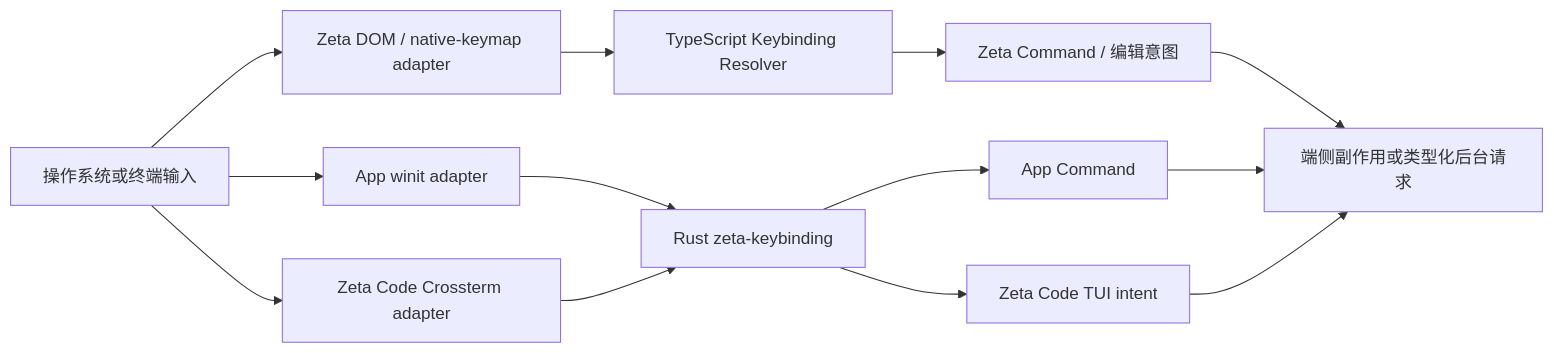
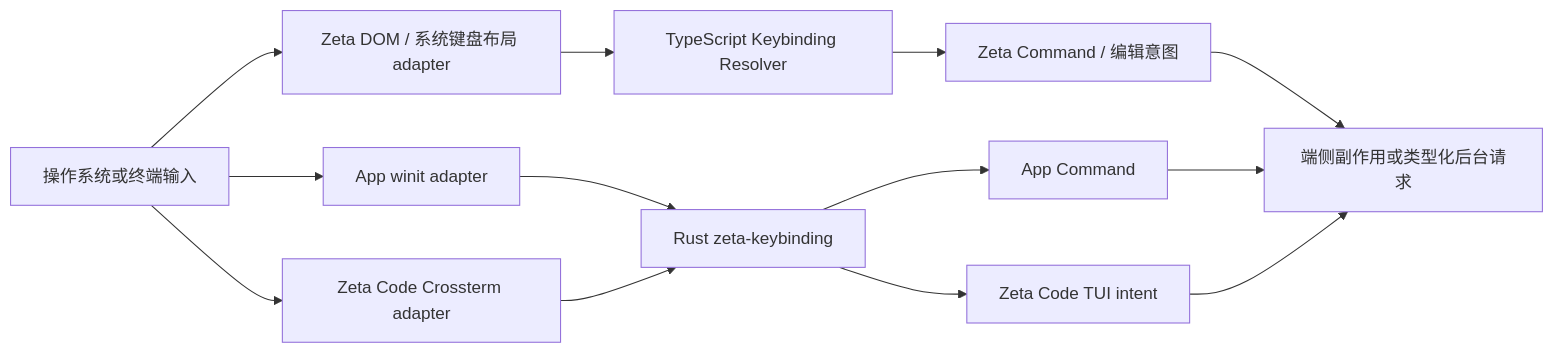
One commit to chogng/zeta changed the diagram in docs/keybindings.md. Above: the diagram before and after it, drawn with Mermaid. The commit also changed other lines of this file and 27 other files, not shown here.

````diff
--- a/docs/keybindings.md
+++ b/docs/keybindings.md
@@ -35,15 +35,15 @@
 ```mermaid
 flowchart LR
-    OS[操作系统或终端输入] --> ZA[Zeta DOM / native-keymap adapter]
+    OS[操作系统或终端输入] --> ZA[Zeta DOM / 系统键盘布局 adapter]
     OS --> ZTA[App winit adapter]
     OS --> ZCA[Zeta Code Crossterm adapter]
     ZA --> ZTS[TypeScript Keybinding Resolver]
     ZTA --> RK[Rust zeta-keybinding]
     ZCA --> RK
     ZTS --> ZM[Zeta Command / 编辑意图]
     RK --> ZTM[App Command]
     RK --> ZCM[Zeta Code TUI intent]
     ZM --> EFFECT[端侧副作用或类型化后台请求]
     ZTM --> EFFECT
     ZCM --> EFFECT
 ```
````
